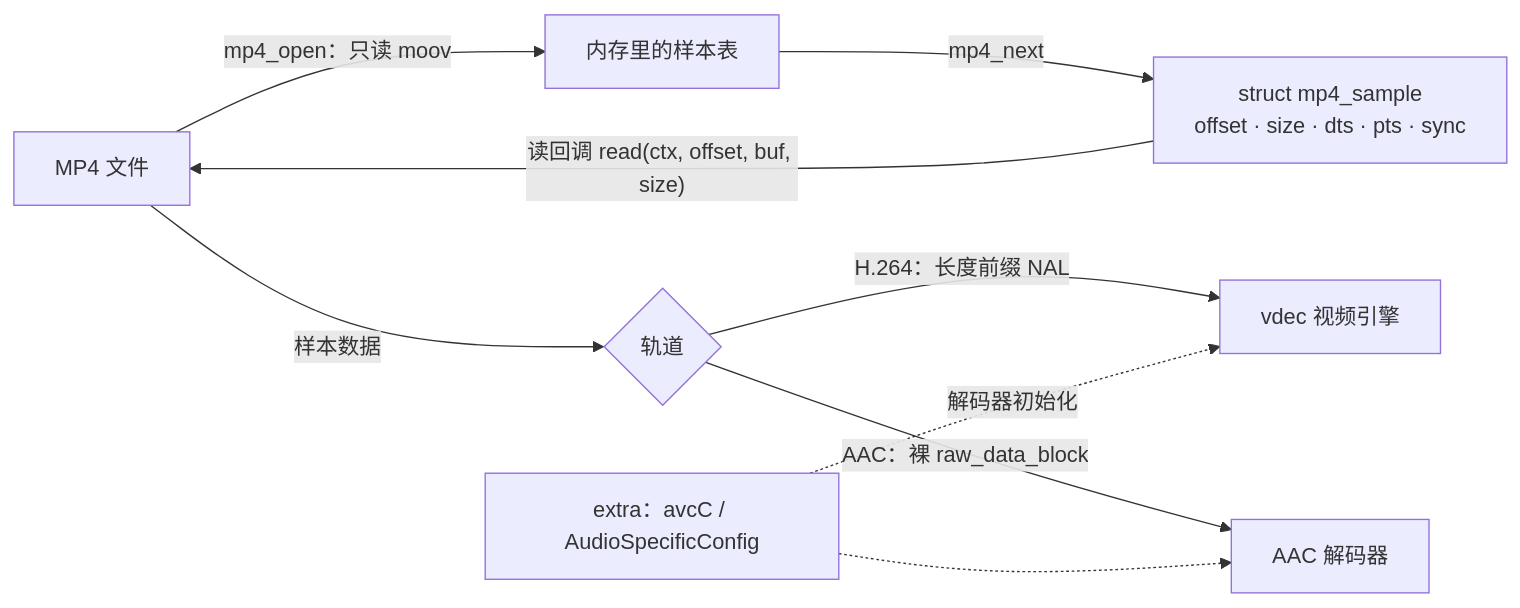
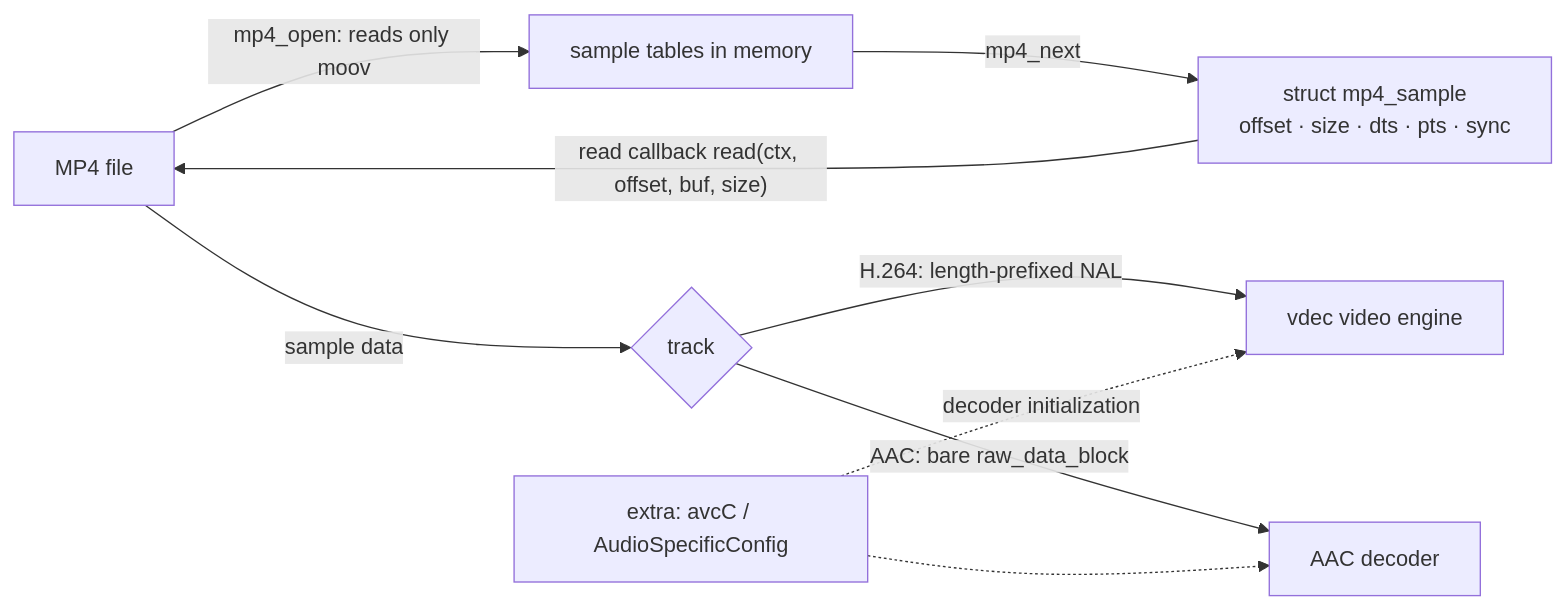
The second of 4 diagrams in docs/src/content/docs/dev/zephyr/components/mp4.md (YuzukiHD/YuzukiNeko), drawn with Mermaid before and after one commit. The commit also changed other lines of this file and 216 other files, not shown here.

````diff
--- a/docs/src/content/docs/dev/zephyr/components/mp4.md
+++ b/docs/src/content/docs/dev/zephyr/components/mp4.md
@@ -34,11 +34,11 @@
 ```mermaid
 flowchart LR
-    F["MP4 文件"] -->|"mp4_open：只读 moov"| T["内存里的样本表"]
+    F["MP4 file"] -->|"mp4_open: reads only moov"| T["sample tables in memory"]
     T -->|"mp4_next"| S["struct mp4_sample<br/>offset · size · dts · pts · sync"]
-    S -->|"读回调 read(ctx, offset, buf, size)"| F
-    F -->|样本数据| D{"轨道"}
-    D -->|"H.264：长度前缀 NAL"| V["vdec 视频引擎"]
-    D -->|"AAC：裸 raw_data_block"| A["AAC 解码器"]
-    X["extra：avcC / AudioSpecificConfig"] -.->|解码器初始化| V
+    S -->|"read callback read(ctx, offset, buf, size)"| F
+    F -->|sample data| D{"track"}
+    D -->|"H.264: length-prefixed NAL"| V["vdec video engine"]
+    D -->|"AAC: bare raw_data_block"| A["AAC decoder"]
+    X["extra: avcC / AudioSpecificConfig"] -.->|decoder initialization| V
     X -.-> A
 ```
````
